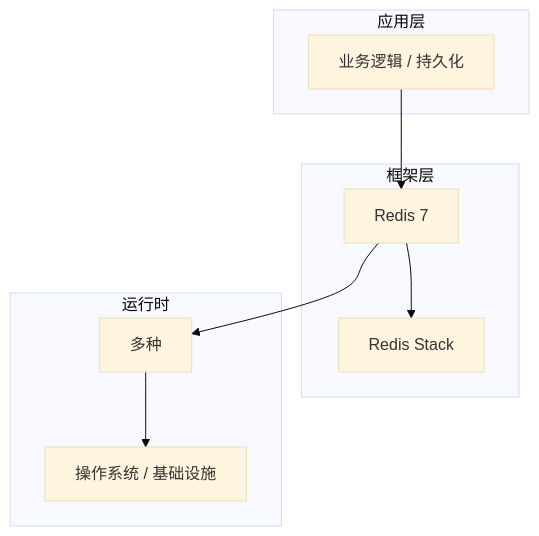
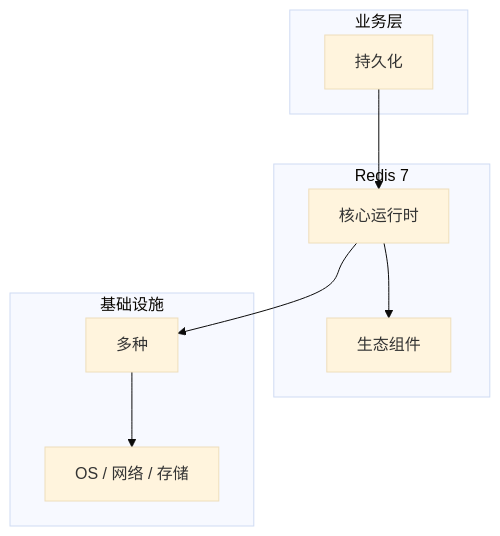
The diagram in articles/Redis/chapters/067-持久化核心概念与原理.md (yanggan2015/knowledge-json-v2), drawn with Mermaid (base theme) before and after one commit. The commit also changed other lines of this file and 10127 other files, not shown here.

````diff
--- a/articles/Redis/chapters/067-持久化核心概念与原理.md
+++ b/articles/Redis/chapters/067-持久化核心概念与原理.md
@@ -45,18 +34,18 @@
 ```mermaid
 graph TB
-    subgraph 应用层
-        A[业务逻辑 / 持久化]
+    subgraph 业务层
+        A[持久化]
     end
-    subgraph 框架层
-        B[Redis 7]
-        C[Redis Stack]
+    subgraph Redis 7
+        B[核心运行时]
+        C[生态组件]
     end
-    subgraph 运行时
+    subgraph 基础设施
         D[多种]
-        E[操作系统 / 基础设施]
+        E[OS / 网络 / 存储]
     end
     A --> B
     B --> C
     B --> D
     D --> E
 ```
````
